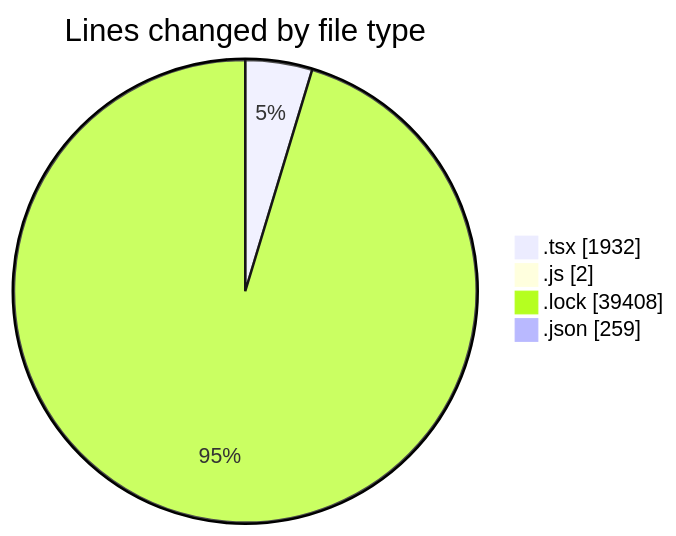
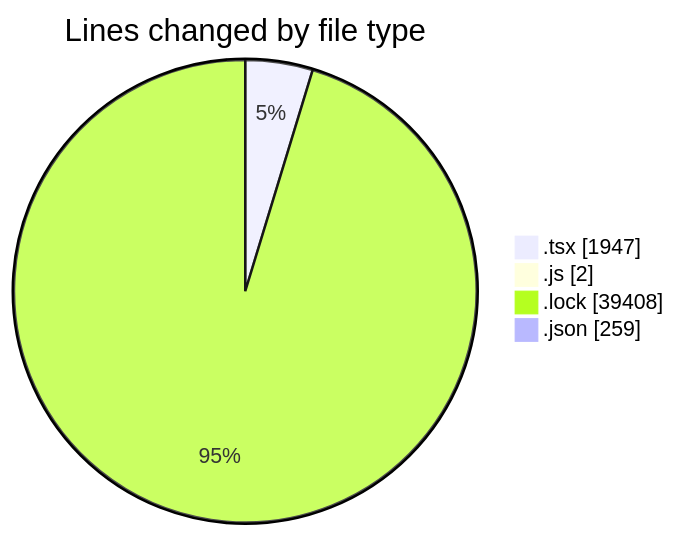
Before and after one commit to momahboobian/code-tracking: the first of 2 diagrams in 2026-05-15/cda/README.md, drawn with Mermaid. The commit also changed other lines of this file and 1 other file, not shown here.

````diff
--- a/2026-05-15/cda/README.md
+++ b/2026-05-15/cda/README.md
@@ -38,8 +38,8 @@
 ```mermaid
 pie showData
 title Lines changed by file type
-".tsx" : 1932
+".tsx" : 1947
 ".js" : 2
 ".lock" : 39408
 ".json" : 259
 ```
````
